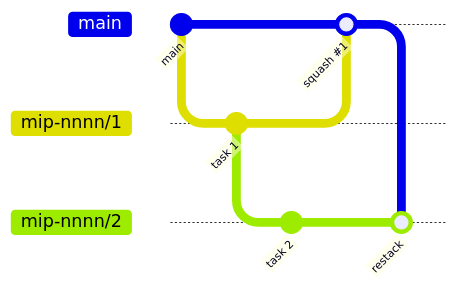
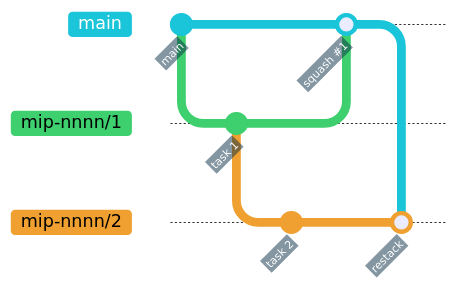
One commit to h0ffmann/marola changed the first of 2 diagrams in docs/MIPs/MIP-0068-diagrams-in-docs.md. Above: the diagram before and after it, drawn with Mermaid. The commit also changed other lines of this file and 10 other files, not shown here.

First line of the commit message:
MIP-0068 task 1: build hardening, dark only, DIAGRAMS.md (#510)

````diff
--- a/docs/MIPs/MIP-0068-diagrams-in-docs.md
+++ b/docs/MIPs/MIP-0068-diagrams-in-docs.md
@@ -68,12 +68,13 @@
 ```mermaid
+%%{init: {"themeVariables": {"git0": "#1ac5da", "git1": "#3ecf6e", "git2": "#f0a030", "git3": "#c678dd", "commitLabelColor": "#ffffff", "commitLabelBackground": "#082f45"}}}%%
 gitGraph
   commit id: "main"
   branch mip-nnnn/1
   commit id: "task 1"
   branch mip-nnnn/2
   commit id: "task 2"
   checkout main
   merge mip-nnnn/1 id: "squash #1"
   checkout mip-nnnn/2
   merge main id: "restack"
 ```
````
